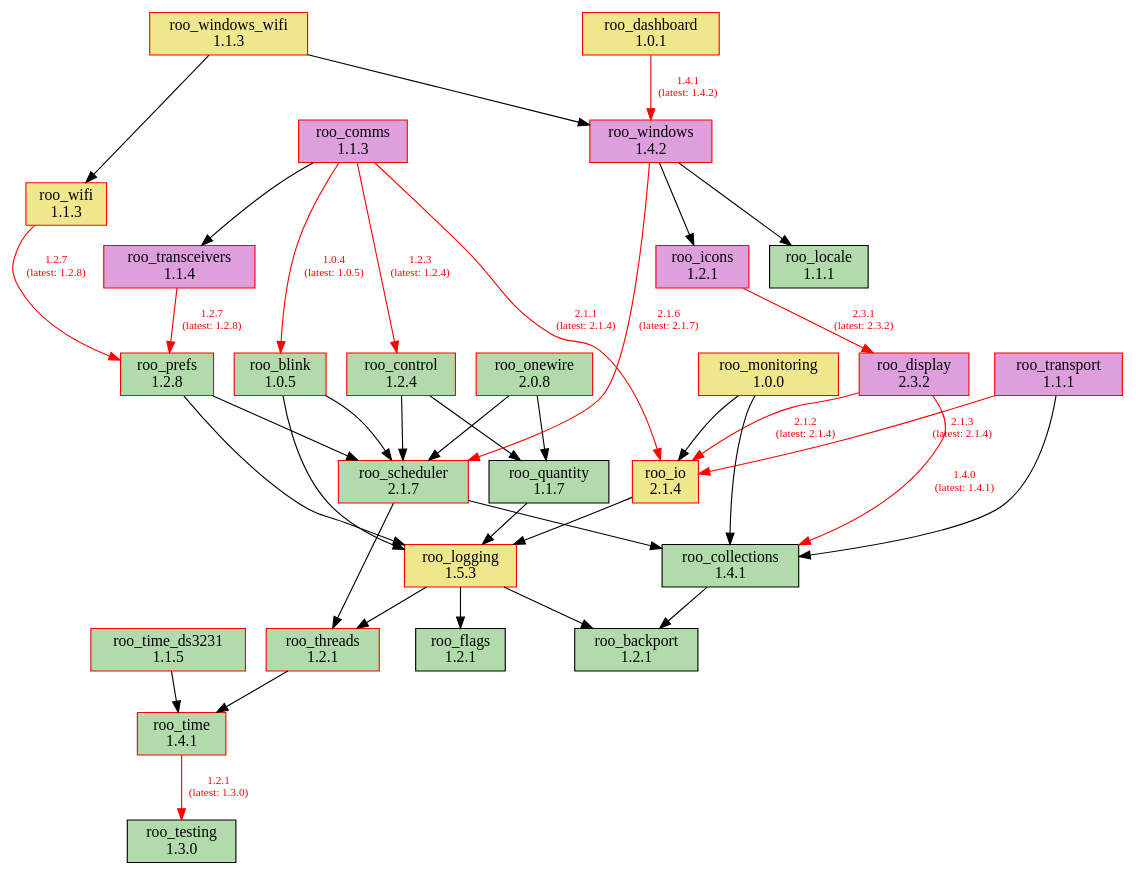
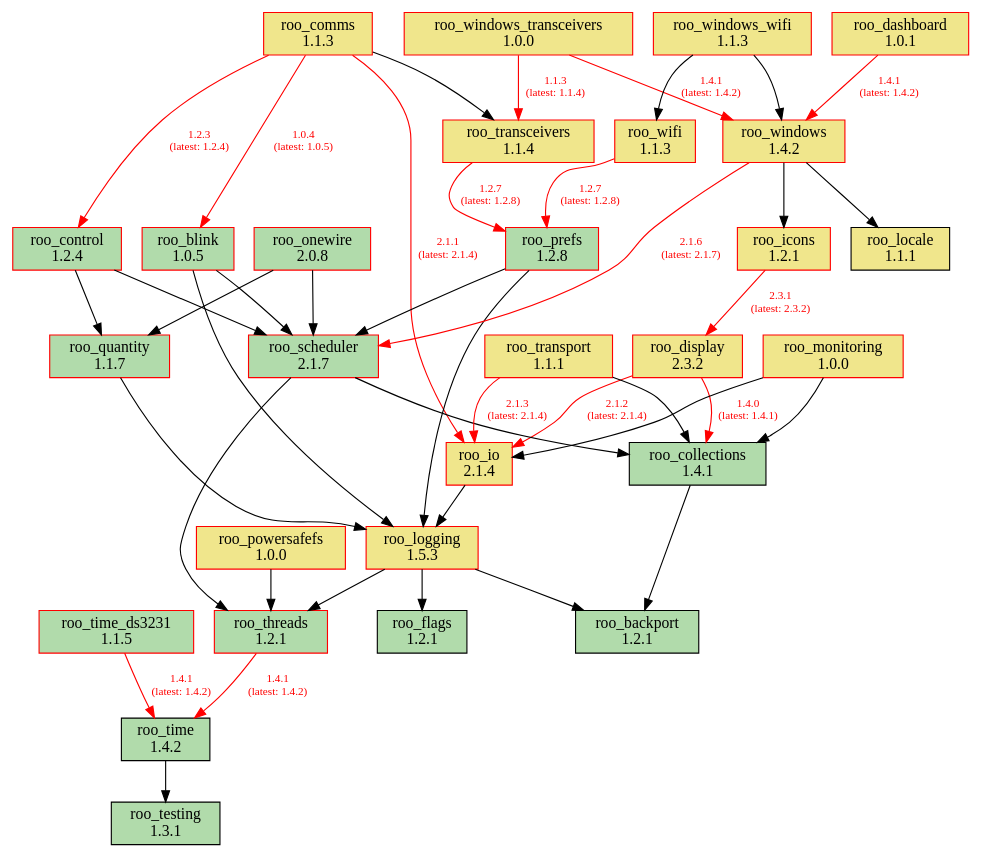
One commit to dejwk/roo-registry changed the diagram in doc/dependencies.dot. Above: the diagram before and after it, drawn with Graphviz. The commit also changed 3 other files, not shown here.

Commit message:
Added roo_time 1.4.2 to the registry.

```diff
--- a/doc/dependencies.dot
+++ b/doc/dependencies.dot
@@ -1,73 +1,78 @@
 digraph dependencies {
     rankdir=TB;
     node [shape=box, style=filled];
     edge [fontsize=10];
 
     // Modules
     "roo_backport" [label="roo_backport\n1.2.1", fillcolor="#b1dbab", color="black"];
     "roo_blink" [label="roo_blink\n1.0.5", fillcolor="#b1dbab", color="red"];
     "roo_collections" [label="roo_collections\n1.4.1", fillcolor="#b1dbab", color="black"];
-    "roo_comms" [label="roo_comms\n1.1.3", fillcolor="plum", color="red"];
+    "roo_comms" [label="roo_comms\n1.1.3", fillcolor="khaki", color="red"];
     "roo_control" [label="roo_control\n1.2.4", fillcolor="#b1dbab", color="red"];
     "roo_dashboard" [label="roo_dashboard\n1.0.1", fillcolor="khaki", color="red"];
-    "roo_display" [label="roo_display\n2.3.2", fillcolor="plum", color="red"];
+    "roo_display" [label="roo_display\n2.3.2", fillcolor="khaki", color="red"];
     "roo_flags" [label="roo_flags\n1.2.1", fillcolor="#b1dbab", color="black"];
-    "roo_icons" [label="roo_icons\n1.2.1", fillcolor="plum", color="red"];
+    "roo_icons" [label="roo_icons\n1.2.1", fillcolor="khaki", color="red"];
     "roo_io" [label="roo_io\n2.1.4", fillcolor="khaki", color="red"];
-    "roo_locale" [label="roo_locale\n1.1.1", fillcolor="#b1dbab", color="black"];
+    "roo_locale" [label="roo_locale\n1.1.1", fillcolor="khaki", color="black"];
     "roo_logging" [label="roo_logging\n1.5.3", fillcolor="khaki", color="red"];
     "roo_monitoring" [label="roo_monitoring\n1.0.0", fillcolor="khaki", color="red"];
     "roo_onewire" [label="roo_onewire\n2.0.8", fillcolor="#b1dbab", color="red"];
+    "roo_powersafefs" [label="roo_powersafefs\n1.0.0", fillcolor="khaki", color="red"];
     "roo_prefs" [label="roo_prefs\n1.2.8", fillcolor="#b1dbab", color="red"];
-    "roo_quantity" [label="roo_quantity\n1.1.7", fillcolor="#b1dbab", color="black"];
+    "roo_quantity" [label="roo_quantity\n1.1.7", fillcolor="#b1dbab", color="red"];
     "roo_scheduler" [label="roo_scheduler\n2.1.7", fillcolor="#b1dbab", color="red"];
-    "roo_testing" [label="roo_testing\n1.3.0", fillcolor="#b1dbab", color="black"];
+    "roo_testing" [label="roo_testing\n1.3.1", fillcolor="#b1dbab", color="black"];
     "roo_threads" [label="roo_threads\n1.2.1", fillcolor="#b1dbab", color="red"];
-    "roo_time" [label="roo_time\n1.4.1", fillcolor="#b1dbab", color="red"];
+    "roo_time" [label="roo_time\n1.4.2", fillcolor="#b1dbab", color="black"];
     "roo_time_ds3231" [label="roo_time_ds3231\n1.1.5", fillcolor="#b1dbab", color="red"];
-    "roo_transceivers" [label="roo_transceivers\n1.1.4", fillcolor="plum", color="red"];
-    "roo_transport" [label="roo_transport\n1.1.1", fillcolor="plum", color="red"];
+    "roo_transceivers" [label="roo_transceivers\n1.1.4", fillcolor="khaki", color="red"];
+    "roo_transport" [label="roo_transport\n1.1.1", fillcolor="khaki", color="red"];
     "roo_wifi" [label="roo_wifi\n1.1.3", fillcolor="khaki", color="red"];
-    "roo_windows" [label="roo_windows\n1.4.2", fillcolor="plum", color="red"];
+    "roo_windows" [label="roo_windows\n1.4.2", fillcolor="khaki", color="red"];
+    "roo_windows_transceivers" [label="roo_windows_transceivers\n1.0.0", fillcolor="khaki", color="red"];
     "roo_windows_wifi" [label="roo_windows_wifi\n1.1.3", fillcolor="khaki", color="red"];
 
     // Dependencies
     "roo_blink" -> "roo_logging";
     "roo_blink" -> "roo_scheduler";
     "roo_collections" -> "roo_backport";
     "roo_comms" -> "roo_blink" [color=red, fontcolor=red, label="1.0.4\n(latest: 1.0.5)"];
     "roo_comms" -> "roo_control" [color=red, fontcolor=red, label="1.2.3\n(latest: 1.2.4)"];
     "roo_comms" -> "roo_io" [color=red, fontcolor=red, label="2.1.1\n(latest: 2.1.4)"];
     "roo_comms" -> "roo_transceivers";
     "roo_control" -> "roo_quantity";
     "roo_control" -> "roo_scheduler";
     "roo_dashboard" -> "roo_windows" [color=red, fontcolor=red, label="1.4.1\n(latest: 1.4.2)"];
     "roo_display" -> "roo_collections" [color=red, fontcolor=red, label="1.4.0\n(latest: 1.4.1)"];
     "roo_display" -> "roo_io" [color=red, fontcolor=red, label="2.1.2\n(latest: 2.1.4)"];
     "roo_icons" -> "roo_display" [color=red, fontcolor=red, label="2.3.1\n(latest: 2.3.2)"];
     "roo_io" -> "roo_logging";
     "roo_logging" -> "roo_backport";
     "roo_logging" -> "roo_flags";
     "roo_logging" -> "roo_threads";
     "roo_monitoring" -> "roo_collections";
     "roo_monitoring" -> "roo_io";
     "roo_onewire" -> "roo_scheduler";
     "roo_onewire" -> "roo_quantity";
+    "roo_powersafefs" -> "roo_threads";
     "roo_prefs" -> "roo_logging";
     "roo_prefs" -> "roo_scheduler";
     "roo_quantity" -> "roo_logging";
     "roo_scheduler" -> "roo_collections";
     "roo_scheduler" -> "roo_threads";
-    "roo_threads" -> "roo_time";
-    "roo_time" -> "roo_testing" [color=red, fontcolor=red, label="1.2.1\n(latest: 1.3.0)"];
-    "roo_time_ds3231" -> "roo_time";
+    "roo_threads" -> "roo_time" [color=red, fontcolor=red, label="1.4.1\n(latest: 1.4.2)"];
+    "roo_time" -> "roo_testing";
+    "roo_time_ds3231" -> "roo_time" [color=red, fontcolor=red, label="1.4.1\n(latest: 1.4.2)"];
     "roo_transceivers" -> "roo_prefs" [color=red, fontcolor=red, label="1.2.7\n(latest: 1.2.8)"];
     "roo_transport" -> "roo_collections";
     "roo_transport" -> "roo_io" [color=red, fontcolor=red, label="2.1.3\n(latest: 2.1.4)"];
     "roo_wifi" -> "roo_prefs" [color=red, fontcolor=red, label="1.2.7\n(latest: 1.2.8)"];
     "roo_windows" -> "roo_locale";
     "roo_windows" -> "roo_icons";
     "roo_windows" -> "roo_scheduler" [color=red, fontcolor=red, label="2.1.6\n(latest: 2.1.7)"];
+    "roo_windows_transceivers" -> "roo_transceivers" [color=red, fontcolor=red, label="1.1.3\n(latest: 1.1.4)"];
+    "roo_windows_transceivers" -> "roo_windows" [color=red, fontcolor=red, label="1.4.1\n(latest: 1.4.2)"];
     "roo_windows_wifi" -> "roo_wifi";
     "roo_windows_wifi" -> "roo_windows";
 }
```
